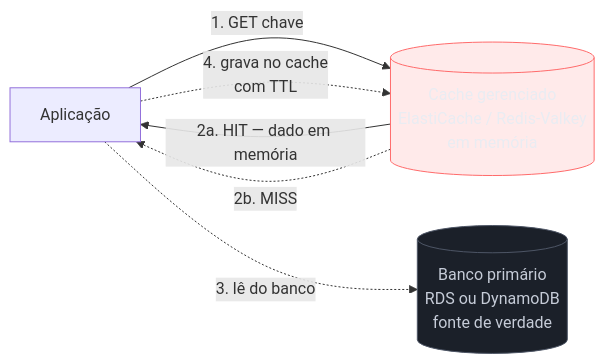
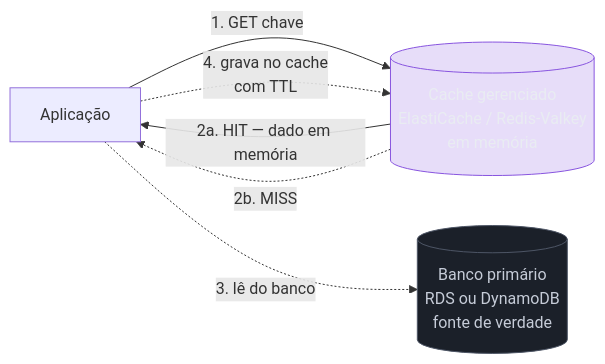
The first of 3 diagrams in 03-Dominios/Tecnologia/Cloud/09 - Bancos gerenciados/06 - Cache gerenciado e a grande escolha.md (josenaldo/codex-technomanticus), drawn with Mermaid before and after one commit. The commit also changed other lines of this file and 601 other files, not shown here.

````diff
--- a/03-Dominios/Tecnologia/Cloud/09 - Bancos gerenciados/06 - Cache gerenciado e a grande escolha.md
+++ b/03-Dominios/Tecnologia/Cloud/09 - Bancos gerenciados/06 - Cache gerenciado e a grande escolha.md
@@ -36,17 +36,17 @@
 ```mermaid
 flowchart LR
-    classDef falha fill:#FF6B6B24,stroke:#FF6B6B,color:#E9ECF2
+    classDef marca fill:#8855DF33,stroke:#8855DF,color:#E9ECF2
     classDef neutro fill:#1B2029,stroke:#4E5666,color:#C6CCD8
     App["Aplicação"]
     Cache[("Cache gerenciado<br/>ElastiCache / Redis-Valkey<br/>em memória")]
     DB[("Banco primário<br/>RDS ou DynamoDB<br/>fonte de verdade")]
 
     App -->|"1. GET chave"| Cache
     Cache -->|"2a. HIT — dado em memória"| App
     Cache -.->|"2b. MISS"| App
     App -.->|"3. lê do banco"| DB
     App -.->|"4. grava no cache<br/>com TTL"| Cache
 
-    class Cache falha
+    class Cache marca
     class DB neutro
 ```
````
